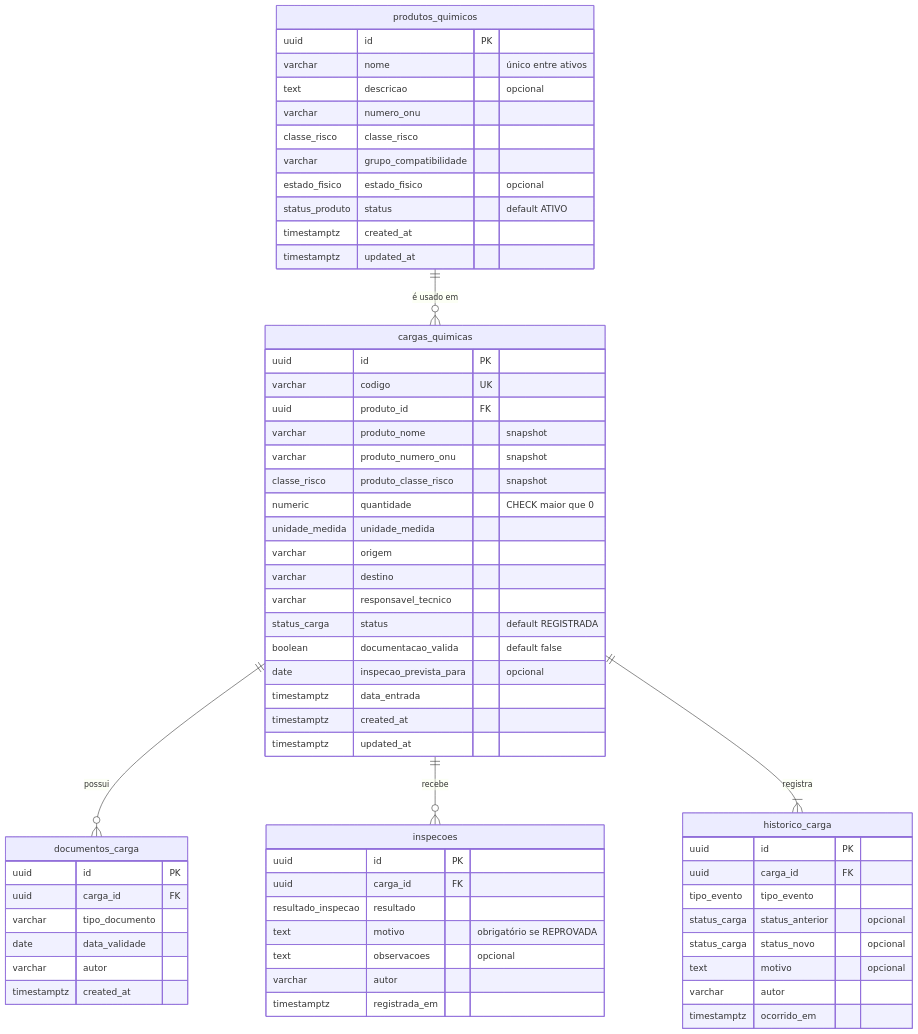
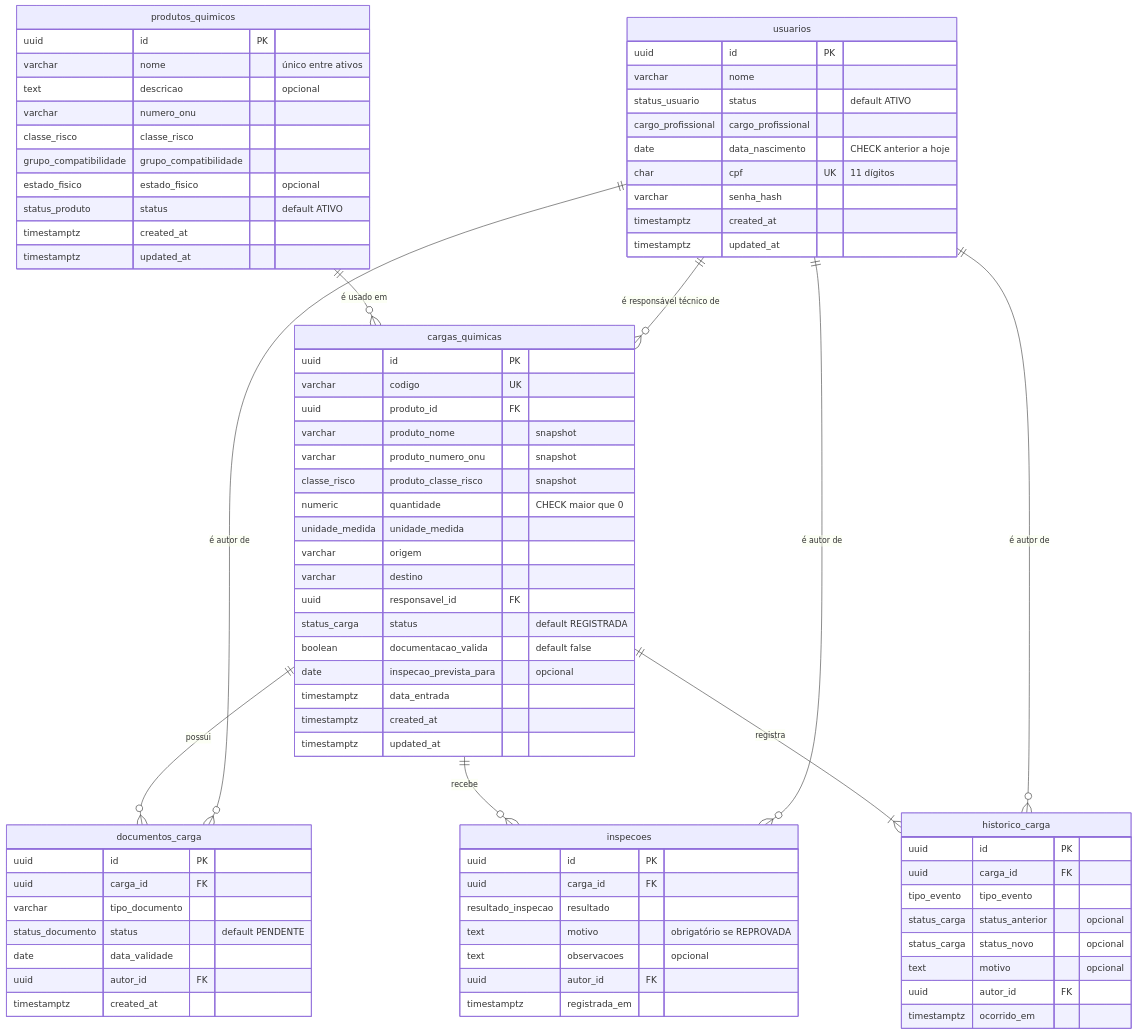
Before and after one commit to WenderSantosGuimaraes1/quimiport: the first of 2 diagrams in docs/09-modelagem-de-dados.md, drawn with Mermaid. The commit also changed other lines of this file and 1 other file, not shown here.

````diff
--- a/docs/09-modelagem-de-dados.md
+++ b/docs/09-modelagem-de-dados.md
@@ -155,9 +169,25 @@
 ```mermaid
 erDiagram
     produtos_quimicos ||--o{ cargas_quimicas : "é usado em"
+    usuarios ||--o{ cargas_quimicas : "é responsável técnico de"
     cargas_quimicas ||--o{ documentos_carga : "possui"
     cargas_quimicas ||--o{ inspecoes : "recebe"
     cargas_quimicas ||--|{ historico_carga : "registra"
+    usuarios ||--o{ documentos_carga : "é autor de"
+    usuarios ||--o{ inspecoes : "é autor de"
+    usuarios ||--o{ historico_carga : "é autor de"
+
+    usuarios {
+        uuid id PK
+        varchar nome
+        status_usuario status "default ATIVO"
+        cargo_profissional cargo_profissional
+        date data_nascimento "CHECK anterior a hoje"
+        char cpf UK "11 dígitos"
+        varchar senha_hash
+        timestamptz created_at
+        timestamptz updated_at
+    }
 
     produtos_quimicos {
         uuid id PK
@@ -165,7 +195,7 @@
         text descricao "opcional"
         varchar numero_onu
         classe_risco classe_risco
-        varchar grupo_compatibilidade
+        grupo_compatibilidade grupo_compatibilidade
         estado_fisico estado_fisico "opcional"
         status_produto status "default ATIVO"
         timestamptz created_at
@@ -183,7 +213,7 @@
         unidade_medida unidade_medida
         varchar origem
         varchar destino
-        varchar responsavel_tecnico
+        uuid responsavel_id FK
         status_carga status "default REGISTRADA"
         boolean documentacao_valida "default false"
         date inspecao_prevista_para "opcional"
@@ -196,8 +226,9 @@
         uuid id PK
         uuid carga_id FK
         varchar tipo_documento
+        status_documento status "default PENDENTE"
         date data_validade
-        varchar autor
+        uuid autor_id FK
         timestamptz created_at
     }
 
@@ -207,7 +238,7 @@
         resultado_inspecao resultado
         text motivo "obrigatório se REPROVADA"
         text observacoes "opcional"
-        varchar autor
+        uuid autor_id FK
         timestamptz registrada_em
     }
 
@@ -218,7 +249,7 @@
         status_carga status_anterior "opcional"
         status_carga status_novo "opcional"
         text motivo "opcional"
-        varchar autor
+        uuid autor_id FK
         timestamptz ocorrido_em
     }
 ```
````
